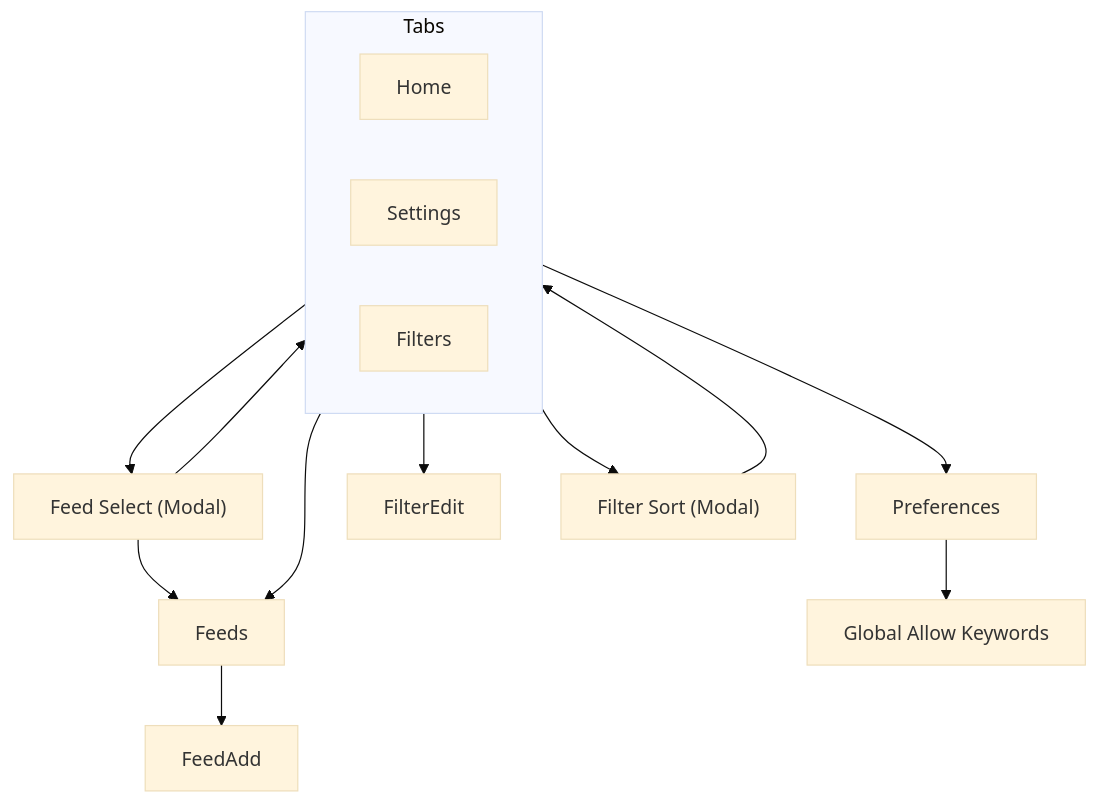
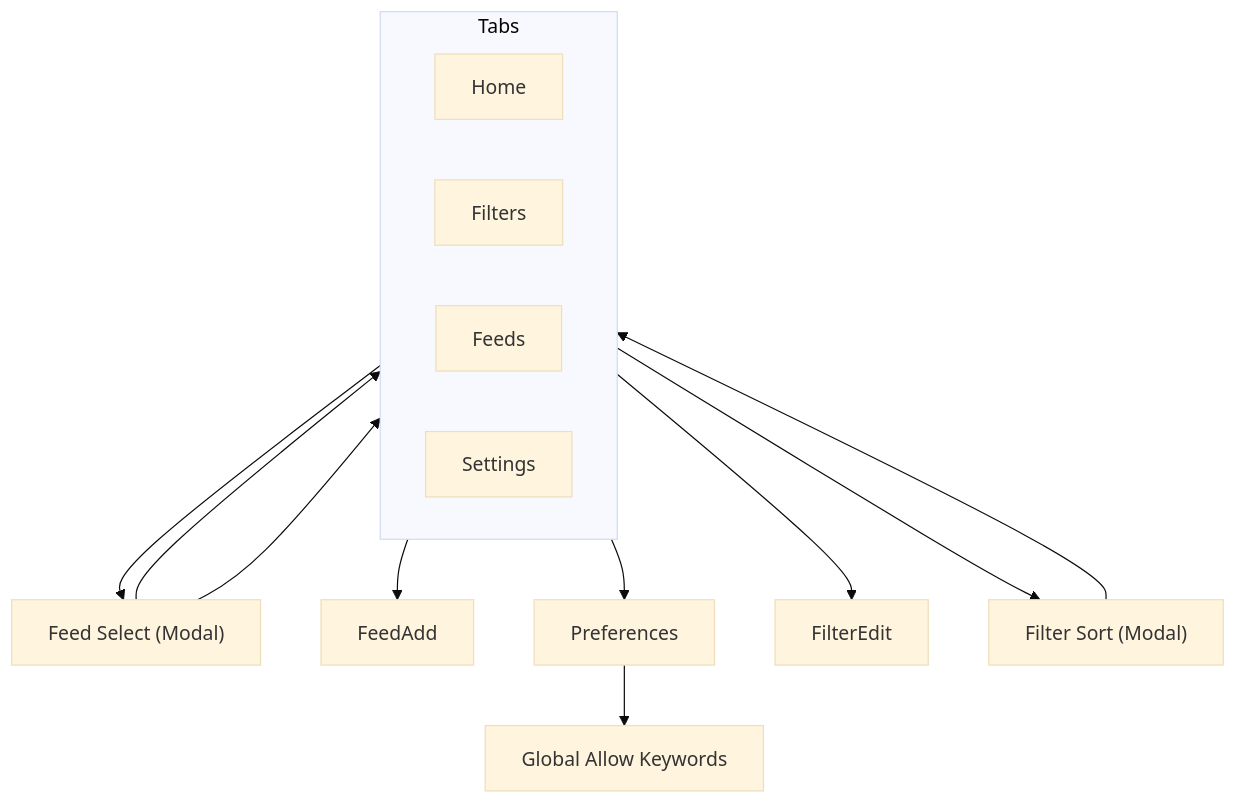
The diagram in docs/02_basic_design/01_screen_flow.md (yskms/filto-app), drawn with Mermaid (base theme) before and after one commit. The commit also changed other lines of this file and 7 other files, not shown here.

````diff
--- a/docs/02_basic_design/01_screen_flow.md
+++ b/docs/02_basic_design/01_screen_flow.md
@@ -5,29 +5,31 @@
 ```mermaid
 flowchart TB
   %% Tabs
   subgraph Tabs["Tabs"]
     direction LR
     Home["Home"]
+    Filters["Filters"]
+    Feeds["Feeds"]
     Settings["Settings"]
-    Filters["Filters"]
   end
   
   %% Home flow
   FeedSelect["Feed Select (Modal)"]
   Home --> FeedSelect --> Home
   FeedSelect --> Feeds
   
+  %% Feeds flow
+  FeedAdd["FeedAdd"]
+  Feeds --> FeedAdd
+  
   %% Settings flow
-  Feeds["Feeds"]
-  FeedAdd["FeedAdd"]
   Preferences["Preferences"]
   GlobalAllowKeywords["Global Allow Keywords"]
-  Settings --> Feeds --> FeedAdd
   Settings --> Preferences --> GlobalAllowKeywords
   
   %% Filters flow
   FilterEdit["FilterEdit"]
   FilterSort["Filter Sort (Modal)"]
   Filters --> FilterEdit
   Filters --> FilterSort --> Filters
 ```
````
